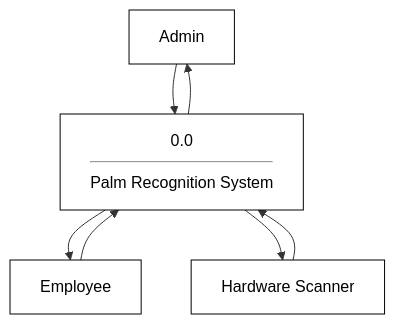
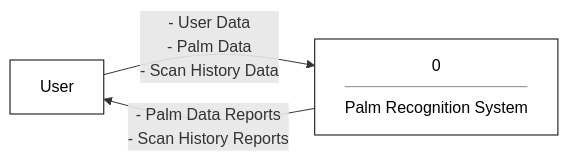
One commit to Touy2004/palm-back-end changed the fourth of 14 diagrams in USER_MANUAL.md. Above: the diagram before and after it, drawn with Mermaid.

Commit message:
docs: simplify context diagram by merging entities and updating flow labels

````diff
--- a/USER_MANUAL.md
+++ b/USER_MANUAL.md
@@ -271,27 +271,17 @@
 ```mermaid
-flowchart TD
+flowchart LR
     %% External Entities
-    Admin[Admin]:::entity
-    Employee[Employee]:::entity
-    Device[Hardware Scanner]:::entity
+    User["User"]:::entity
 
     %% Central System
-    System["0.0<hr/>Palm Recognition System"]:::process
+    System["0<hr/>Palm Recognition System"]:::process
 
-    %% Flows - Admin
-    Admin --> System
-    System --> Admin
-
-    %% Flows - Employee
-    Employee --> System
-    System --> Employee
-
-    %% Flows - Device
-    Device --> System
-    System --> Device
+    %% Flows
+    User -- "- User Data<br/>- Palm Data<br/>- Scan History Data" --> System
+    System -- "- Palm Data Reports<br/>- Scan History Reports" --> User
 
     %% Styling
     classDef entity fill:#fff,stroke:#000,stroke-width:1px,shape:rect,color:#000
     classDef process fill:#fff,stroke:#000,stroke-width:1px,shape:rect,color:#000
     classDef datastore fill:#fff,stroke:#000,stroke-width:1px,shape:rect,color:#000
 ```
````
